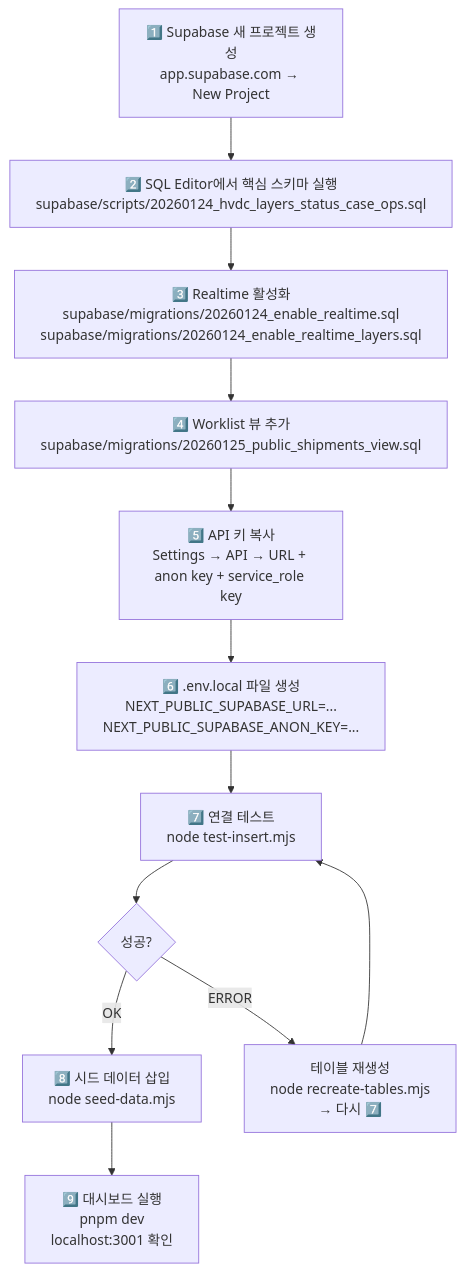
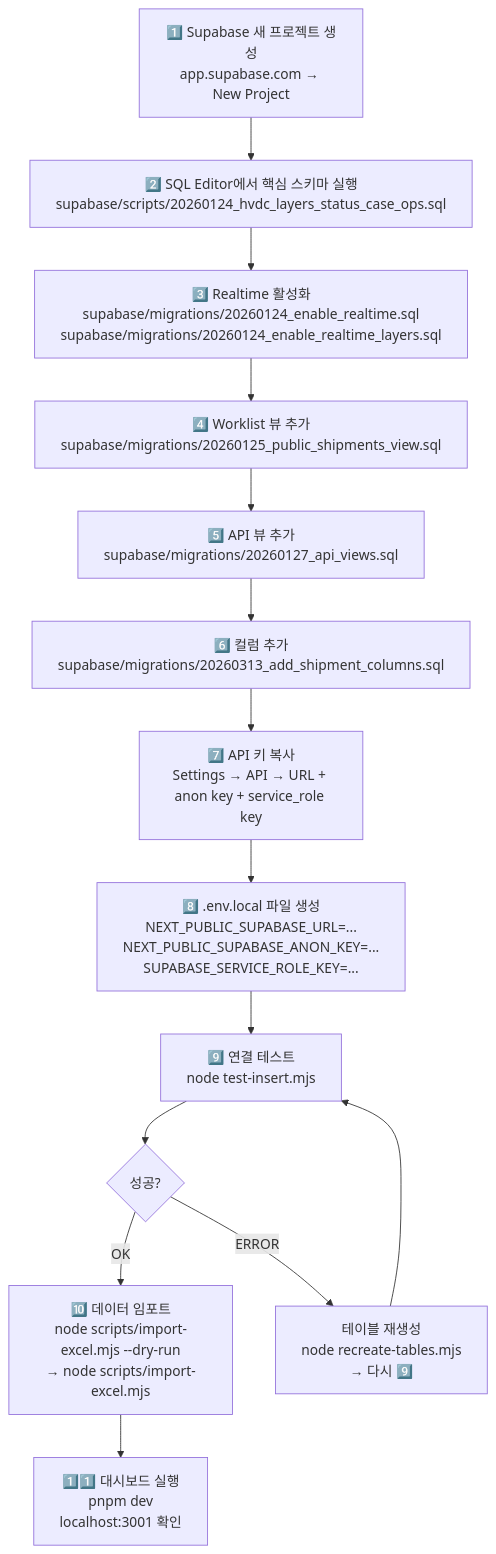
Diagram 11 of 11 in apps/logistics-dashboard/docs/DEPLOYMENT.md (macho715/logi_hvdc_dash), drawn with Mermaid before and after one commit. The commit also changed other lines of this file and 80 other files, not shown here.

````diff
--- a/apps/logistics-dashboard/docs/DEPLOYMENT.md
+++ b/apps/logistics-dashboard/docs/DEPLOYMENT.md
@@ -1334,14 +1476,16 @@
 ```mermaid
 flowchart TD
     A["1️⃣ Supabase 새 프로젝트 생성\napp.supabase.com → New Project"] --> B
     B["2️⃣ SQL Editor에서 핵심 스키마 실행\nsupabase/scripts/20260124_hvdc_layers_status_case_ops.sql"] --> C
     C["3️⃣ Realtime 활성화\nsupabase/migrations/20260124_enable_realtime.sql\nsupabase/migrations/20260124_enable_realtime_layers.sql"] --> D
     D["4️⃣ Worklist 뷰 추가\nsupabase/migrations/20260125_public_shipments_view.sql"] --> E
-    E["5️⃣ API 키 복사\nSettings → API → URL + anon key + service_role key"] --> F
-    F["6️⃣ .env.local 파일 생성\nNEXT_PUBLIC_SUPABASE_URL=...\nNEXT_PUBLIC_SUPABASE_ANON_KEY=..."] --> G
-    G["7️⃣ 연결 테스트\nnode test-insert.mjs"] --> H{성공?}
-    H -->|"OK"| I["8️⃣ 시드 데이터 삽입\nnode seed-data.mjs"]
-    H -->|"ERROR"| J["테이블 재생성\nnode recreate-tables.mjs\n→ 다시 7️⃣"]
-    I --> K["9️⃣ 대시보드 실행\npnpm dev\nlocalhost:3001 확인"]
-    J --> G
+    E["5️⃣ API 뷰 추가\nsupabase/migrations/20260127_api_views.sql"] --> F
+    F["6️⃣ 컬럼 추가\nsupabase/migrations/20260313_add_shipment_columns.sql"] --> G
+    G["7️⃣ API 키 복사\nSettings → API → URL + anon key + service_role key"] --> H
+    H["8️⃣ .env.local 파일 생성\nNEXT_PUBLIC_SUPABASE_URL=...\nNEXT_PUBLIC_SUPABASE_ANON_KEY=...\nSUPABASE_SERVICE_ROLE_KEY=..."] --> I
+    I["9️⃣ 연결 테스트\nnode test-insert.mjs"] --> J{성공?}
+    J -->|"OK"| K["🔟 데이터 임포트\nnode scripts/import-excel.mjs --dry-run\n→ node scripts/import-excel.mjs"]
+    J -->|"ERROR"| L["테이블 재생성\nnode recreate-tables.mjs\n→ 다시 9️⃣"]
+    K --> M["1️⃣1️⃣ 대시보드 실행\npnpm dev\nlocalhost:3001 확인"]
+    L --> I
 ```
````
